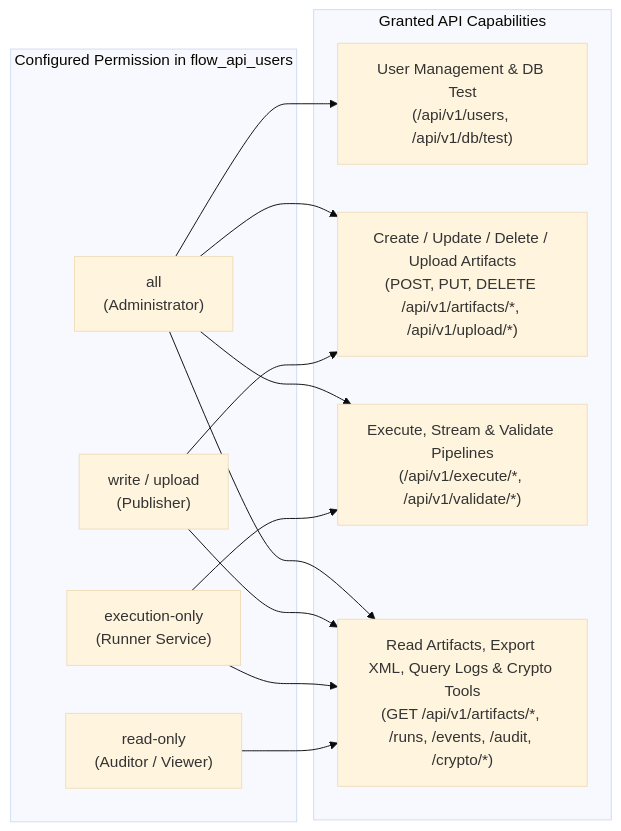
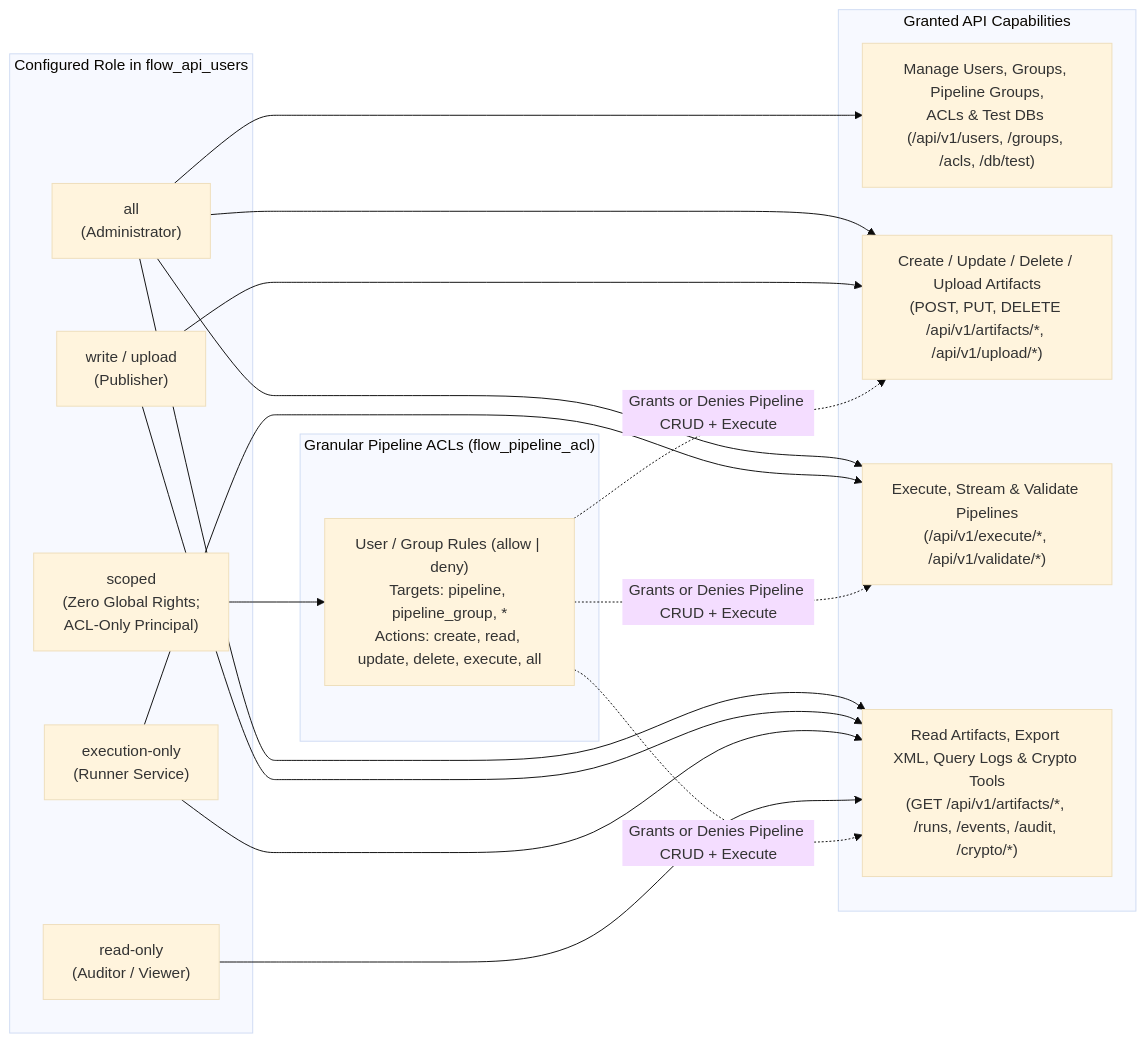
Before and after one commit to etl-madness/go-flowAPI: the second of 6 diagrams in docs/API_ENDPOINTS_REFERENCE.md, drawn with Mermaid (base theme). The commit also changed other lines of this file and 16 other files, not shown here.

````diff
--- a/docs/API_ENDPOINTS_REFERENCE.md
+++ b/docs/API_ENDPOINTS_REFERENCE.md
@@ -69,21 +70,28 @@
 ```mermaid
 flowchart LR
-    subgraph Roles["Configured Permission in flow_api_users"]
+    subgraph Roles["Configured Role in flow_api_users"]
         P_ALL["all<br/>(Administrator)"]
         P_WRITE["write / upload<br/>(Publisher)"]
         P_EXEC["execution-only<br/>(Runner Service)"]
         P_READ["read-only<br/>(Auditor / Viewer)"]
+        P_SCOPED["scoped<br/>(Zero Global Rights;<br/>ACL-Only Principal)"]
+    end
+
+    subgraph ACL["Granular Pipeline ACLs (flow_pipeline_acl)"]
+        A_RULES["User / Group Rules (allow | deny)<br/>Targets: pipeline, pipeline_group, *<br/>Actions: create, read, update, delete, execute, all"]
     end
 
     subgraph Capabilities["Granted API Capabilities"]
-        C_ADMIN["User Management &amp; DB Test<br/>(/api/v1/users, /api/v1/db/test)"]
+        C_ADMIN["Manage Users, Groups, Pipeline Groups,<br/>ACLs &amp; Test DBs (/api/v1/users, /groups, /acls, /db/test)"]
         C_MUTATE["Create / Update / Delete / Upload Artifacts<br/>(POST, PUT, DELETE /api/v1/artifacts/*, /api/v1/upload/*)"]
         C_RUN["Execute, Stream &amp; Validate Pipelines<br/>(/api/v1/execute/*, /api/v1/validate/*)"]
         C_VIEW["Read Artifacts, Export XML, Query Logs &amp; Crypto Tools<br/>(GET /api/v1/artifacts/*, /runs, /events, /audit, /crypto/*)"]
     end
 
     P_ALL --> C_ADMIN & C_MUTATE & C_RUN & C_VIEW
     P_WRITE --> C_MUTATE & C_VIEW
     P_EXEC --> C_RUN & C_VIEW
     P_READ --> C_VIEW
+    P_SCOPED --> A_RULES
+    A_RULES -.->|"Grants or Denies Pipeline CRUD + Execute"| C_MUTATE & C_RUN & C_VIEW
 ```
````
